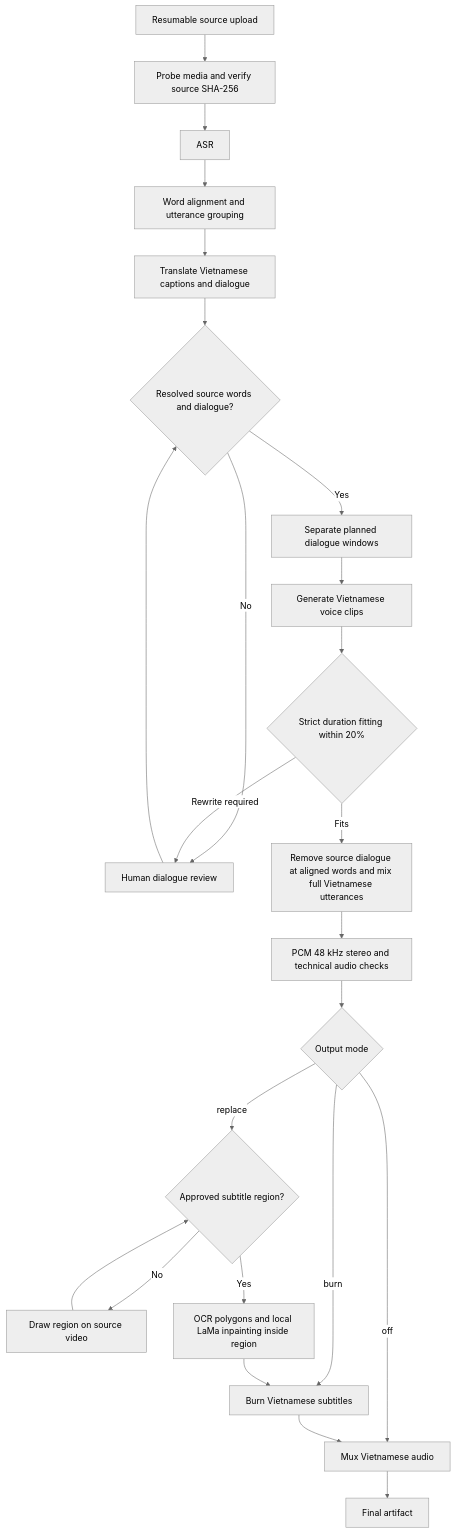
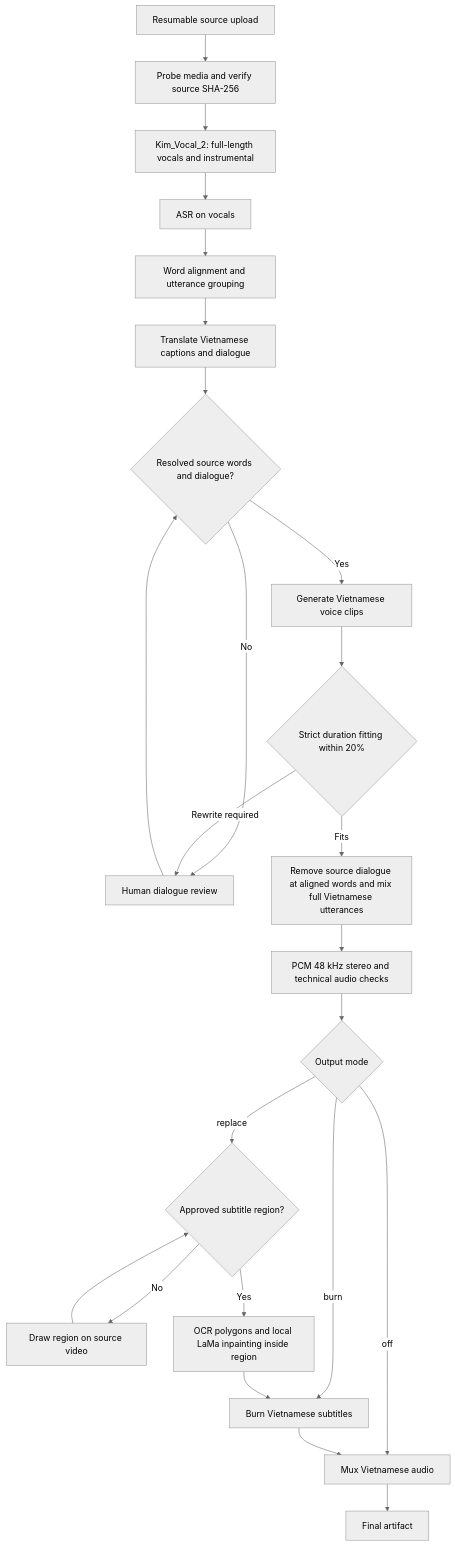
The diagram in docs/PIPELINE_RUNTIME.md (Khenggg/cn2vi-autodub), drawn with Mermaid (neutral theme) before and after one commit. The commit also changed other lines of this file and 11 other files, not shown here.

Commit message:
Feed full-length Kim Vocal 2 vocals into ASR and alignment

````diff
--- a/docs/PIPELINE_RUNTIME.md
+++ b/docs/PIPELINE_RUNTIME.md
@@ -7,26 +7,26 @@
 ```mermaid
 flowchart TD
   UP[Resumable source upload] --> PREP[Probe media and verify source SHA-256]
-  PREP --> ASR[ASR]
+  PREP --> SEP[Kim_Vocal_2: full-length vocals and instrumental]
+  SEP --> ASR[ASR on vocals]
   ASR --> ALIGN[Word alignment and utterance grouping]
   ALIGN --> TRANS[Translate Vietnamese captions and dialogue]
   TRANS --> GATE{Resolved source words and dialogue?}
   GATE -->|No| REVIEW[Human dialogue review]
   REVIEW --> GATE
-  GATE -->|Yes| SEP[Separate planned dialogue windows]
-  SEP --> TTS[Generate Vietnamese voice clips]
+  GATE -->|Yes| TTS[Generate Vietnamese voice clips]
   TTS --> FIT{Strict duration fitting within 20%}
   FIT -->|Rewrite required| REVIEW
   FIT -->|Fits| MIX[Remove source dialogue at aligned words and mix full Vietnamese utterances]
   MIX --> QC[PCM 48 kHz stereo and technical audio checks]
   QC --> MODE{Output mode}
   MODE -->|off| MUX[Mux Vietnamese audio]
   MODE -->|burn| SUB[Burn Vietnamese subtitles]
   MODE -->|replace| ROI{Approved subtitle region?}
   ROI -->|No| ROIREVIEW[Draw region on source video]
   ROIREVIEW --> ROI
   ROI -->|Yes| CLEAN[OCR polygons and local LaMa inpainting inside region]
   CLEAN --> SUB
   SUB --> MUX
   MUX --> DONE[Final artifact]
 ```
````
